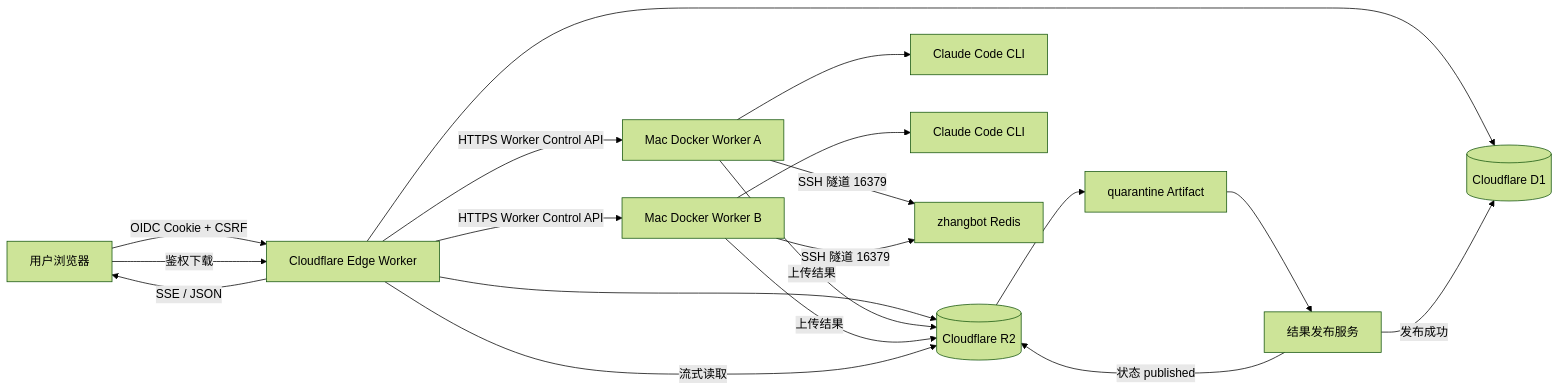
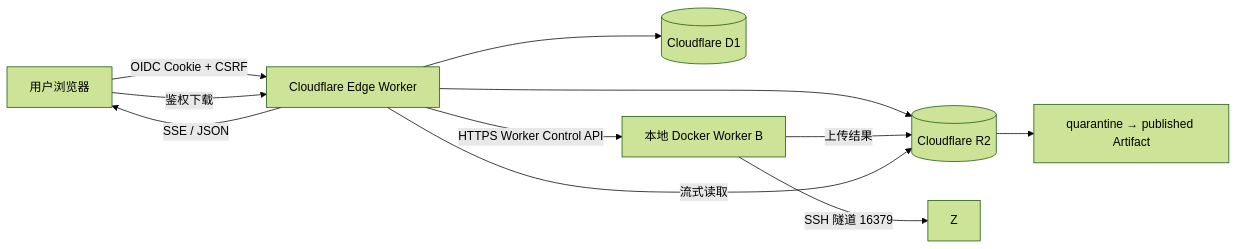
The first of 2 diagrams in docs/CLOUDFLARE_WORKER_ARCHITECTURE.md (Vist233/infinity_Agents), drawn with Mermaid (forest theme) before and after one commit. The commit also changed other lines of this file and 44 other files, not shown here.

Commit message:
feat: harden cloudflare worker execution flow

```diff
--- a/docs/CLOUDFLARE_WORKER_ARCHITECTURE.md
+++ b/docs/CLOUDFLARE_WORKER_ARCHITECTURE.md
@@ -17,24 +17,16 @@
 ~~~mermaid
 flowchart LR
   U[用户浏览器] -->|OIDC Cookie + CSRF| E[Cloudflare Edge Worker]
   E --> D[(Cloudflare D1)]
   E --> R[(Cloudflare R2)]
   E -->|SSE / JSON| U
 
-  E -->|HTTPS Worker Control API| A[Mac Docker Worker A]
-  E -->|HTTPS Worker Control API| B[Mac Docker Worker B]
+  E -->|HTTPS Worker Control API| B[本地 Docker Worker B]
 
-  A --> C1[Claude Code CLI]
-  B --> C2[Claude Code CLI]
-  A -->|SSH 隧道 16379| Z[zhangbot Redis]
   B -->|SSH 隧道 16379| Z
 
-  A -->|上传结果| R
   B -->|上传结果| R
-  R --> Q[quarantine Artifact]
-  Q --> V[结果发布服务]
-  V -->|发布成功| D
-  V -->|状态 published| R
+  R --> Q[quarantine → published Artifact]
   U -->|鉴权下载| E
   E -->|流式读取| R
 ~~~
```
